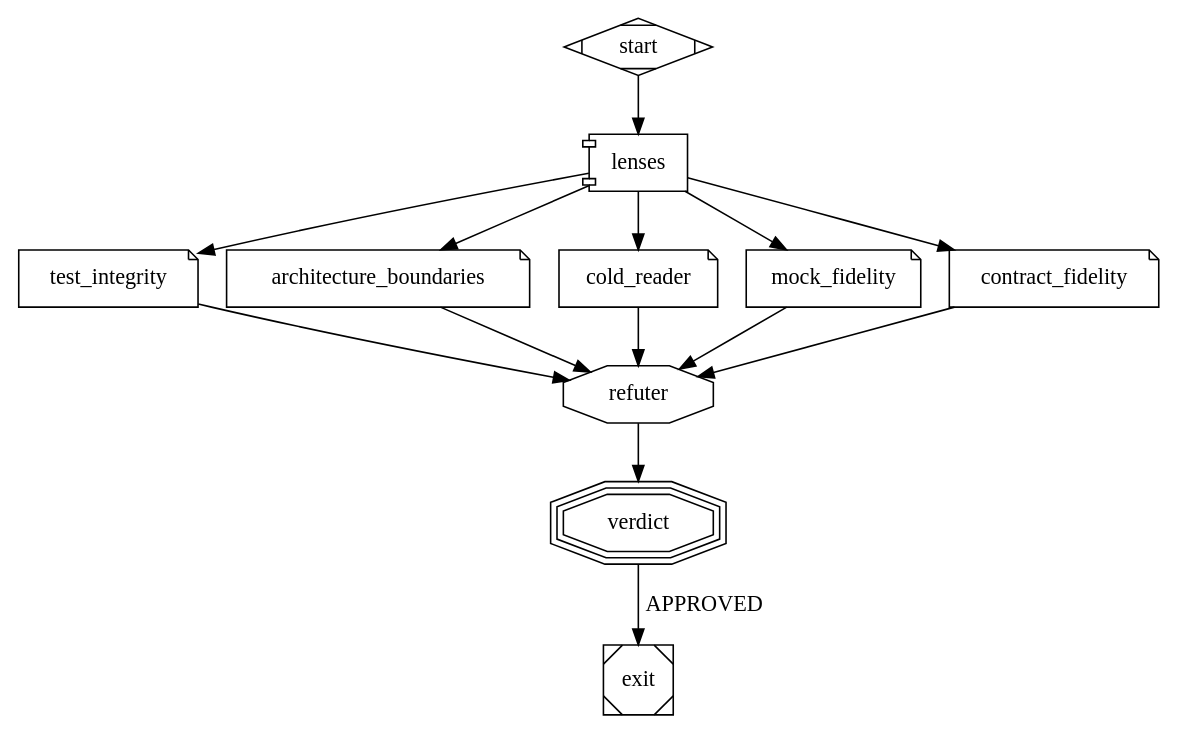
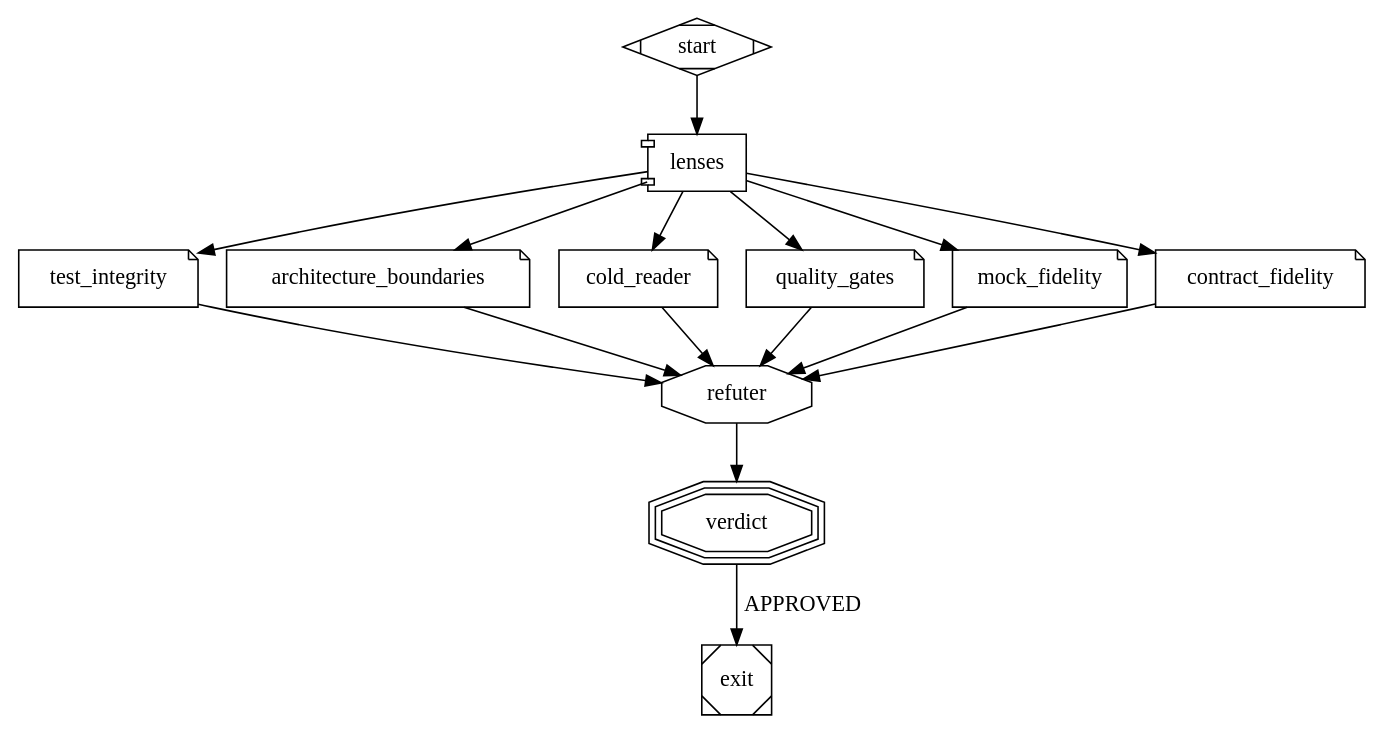
The diagram in plugins/skraft-deliver/workflows/review.skraft.dot (SebastienDegodez/skraft-plugin), drawn with Graphviz before and after one commit. The commit also changed 341 other files, not shown here.

```diff
--- a/plugins/skraft-deliver/workflows/review.skraft.dot
+++ b/plugins/skraft-deliver/workflows/review.skraft.dot
@@ -1,32 +1,35 @@
 // The review skraft runs on a story's changes in DELIVER (the call deliver_review of pipeline.skraft.dot) and on a pull
 // request. Copy it into .skraft-deliver/review.skraft.dot with `skraft workflow eject review`, then add lenses; every call to
 // review runs the copy. It reads only its inputs, never a run's journal: base and head
-// bound the changes, story and documents tell what they are for, components how each one is built and tested.
+// bound the changes, story and documents tell what they are for, components how each one is built and tested, trace
+// whether the delivery's traced runs could be verified (a pull request has none).
 // A called workflow runs one review: start -> fan-out -> one lens node per branch -> refuter -> fan-in -> exit; the
 // calling node carries NEEDS_REWORK and max_visits. The refuter (shape=octagon) is deliver-finding-refuter: it checks each
 // finding of the lenses, of any severity, before the fan-in counts it, one tier above the strongest lens it
 // checks unless the fan-in names its family with refuter=. A node marked mandatory=true can never be dropped, bypassed or weakened,
 // whatever the copy says.
 digraph review {
-  graph [version="2", goal="Review the changes", input_base="required", input_head="required", input_story="optional", input_documents="optional", input_components="optional"]
+  graph [version="2", goal="Review the changes", input_base="required", input_head="required", input_story="optional", input_documents="optional", input_components="optional", input_trace="optional"]
 
   start  [shape=Mdiamond]
   lenses [shape=component]
   test_integrity          [shape=note, lens="test-integrity", mandatory=true]
   architecture_boundaries [shape=note, lens="architecture-boundaries", mandatory=true]
   cold_reader             [shape=note, lens="cold-reader"]
+  quality_gates           [shape=note, lens="quality-gates", when="delivery"]
   mock_fidelity           [shape=note, lens="mock-fidelity", when="mock"]
   contract_fidelity       [shape=note, lens="contract-fidelity", when="contract"]
   refuter [shape=octagon, mandatory=true]
   verdict [shape=tripleoctagon, mandatory=true]
   exit   [shape=Msquare]
 
   start -> lenses
   lenses -> test_integrity -> refuter
   lenses -> architecture_boundaries -> refuter
   lenses -> cold_reader -> refuter
+  lenses -> quality_gates -> refuter
   lenses -> mock_fidelity -> refuter
   lenses -> contract_fidelity -> refuter
   refuter -> verdict
   verdict -> exit [label="APPROVED"]
 }
```
